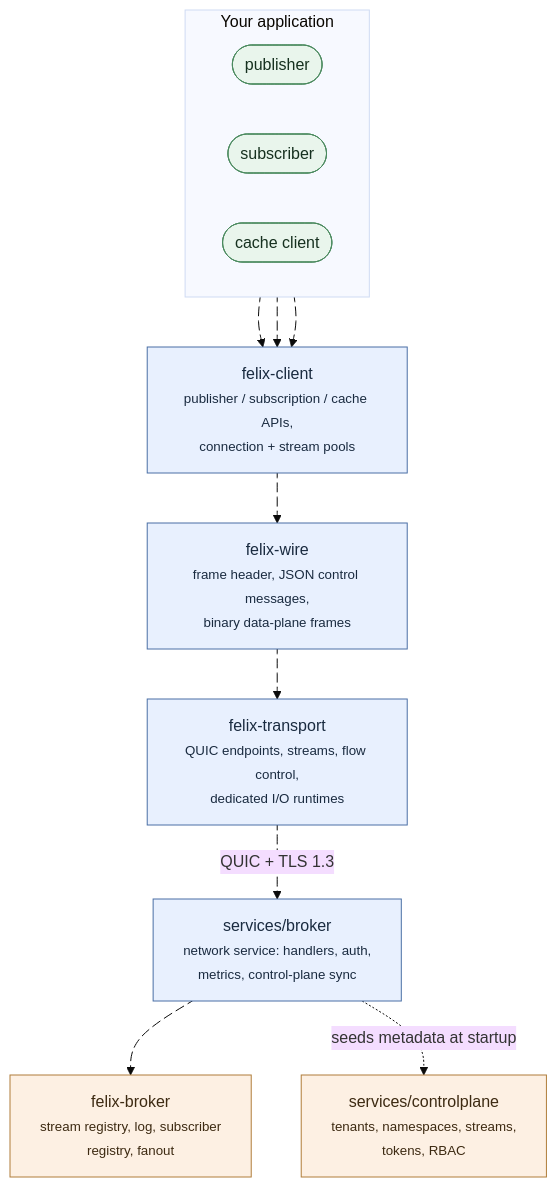
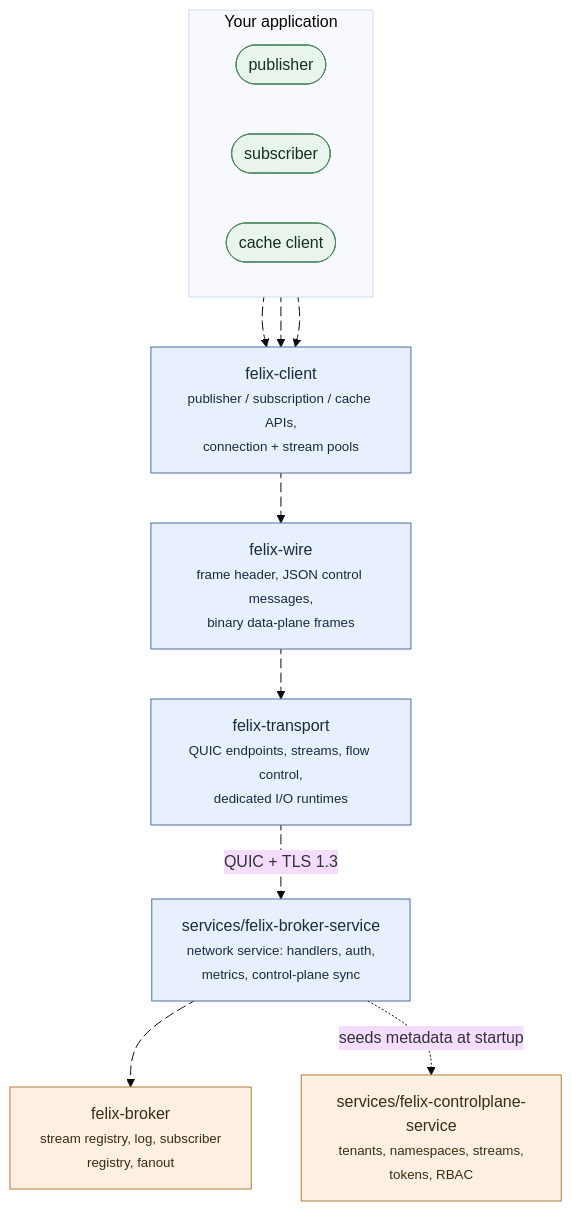
The diagram in docs-site/src/content/docs/getting-started/overview.md (gabloe/felix), drawn with Mermaid (base theme) before and after one commit. The commit also changed other lines of this file and 1522 other files, not shown here.

````diff
--- a/docs-site/src/content/docs/getting-started/overview.md
+++ b/docs-site/src/content/docs/getting-started/overview.md
@@ -57,40 +57,40 @@
 ```mermaid
 flowchart TB
     subgraph app["Your application"]
         direction LR
         A1(["publisher"])
         A2(["subscriber"])
         A3(["cache client"])
     end
 
     SDK["felix-client<br/><small>publisher / subscription / cache APIs,<br/>connection + stream pools</small>"]
     WIRE["felix-wire<br/><small>frame header, JSON control messages,<br/>binary data-plane frames</small>"]
     TRANS["felix-transport<br/><small>QUIC endpoints, streams, flow control,<br/>dedicated I/O runtimes</small>"]
     BRK["felix-broker<br/><small>stream registry, log, subscriber<br/>registry, fanout</small>"]
-    SVC["services/broker<br/><small>network service: handlers, auth,<br/>metrics, control-plane sync</small>"]
-    CP["services/controlplane<br/><small>tenants, namespaces, streams,<br/>tokens, RBAC</small>"]
+    SVC["services/felix-broker-service<br/><small>network service: handlers, auth,<br/>metrics, control-plane sync</small>"]
+    CP["services/felix-controlplane-service<br/><small>tenants, namespaces, streams,<br/>tokens, RBAC</small>"]
 
     A1 e1@--> SDK
     A2 e2@--> SDK
     A3 e3@--> SDK
     SDK e4@--> WIRE
     WIRE e5@--> TRANS
     TRANS e6@-->|"QUIC + TLS 1.3"| SVC
     SVC e7@--> BRK
     SVC e8@-.->|"seeds metadata at startup"| CP
 
     e1@{ animate: true }
     e2@{ animate: true }
     e3@{ animate: true }
     e4@{ animate: true }
     e5@{ animate: true }
     e6@{ animate: true }
     e7@{ animate: true }
 
     classDef step fill:#e8f0fe,stroke:#4a6fa5,color:#1a2b40
     classDef core fill:#fdf0e3,stroke:#b07d3a,color:#3d2a12
     classDef endpoint fill:#e9f5ec,stroke:#4a8a5e,color:#16301f
     class SDK,WIRE,TRANS,SVC step
     class BRK,CP core
     class A1,A2,A3 endpoint
 ```
````
